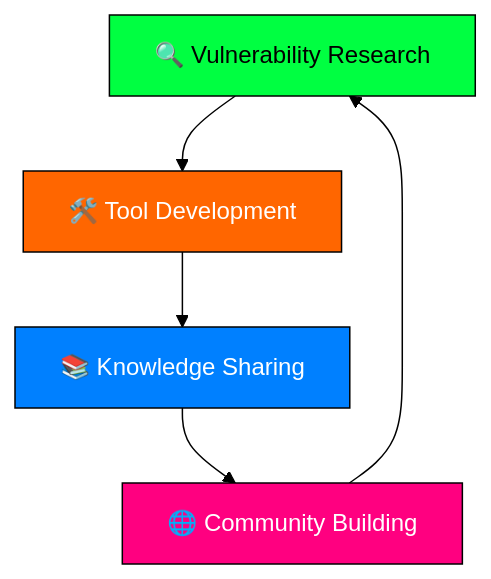
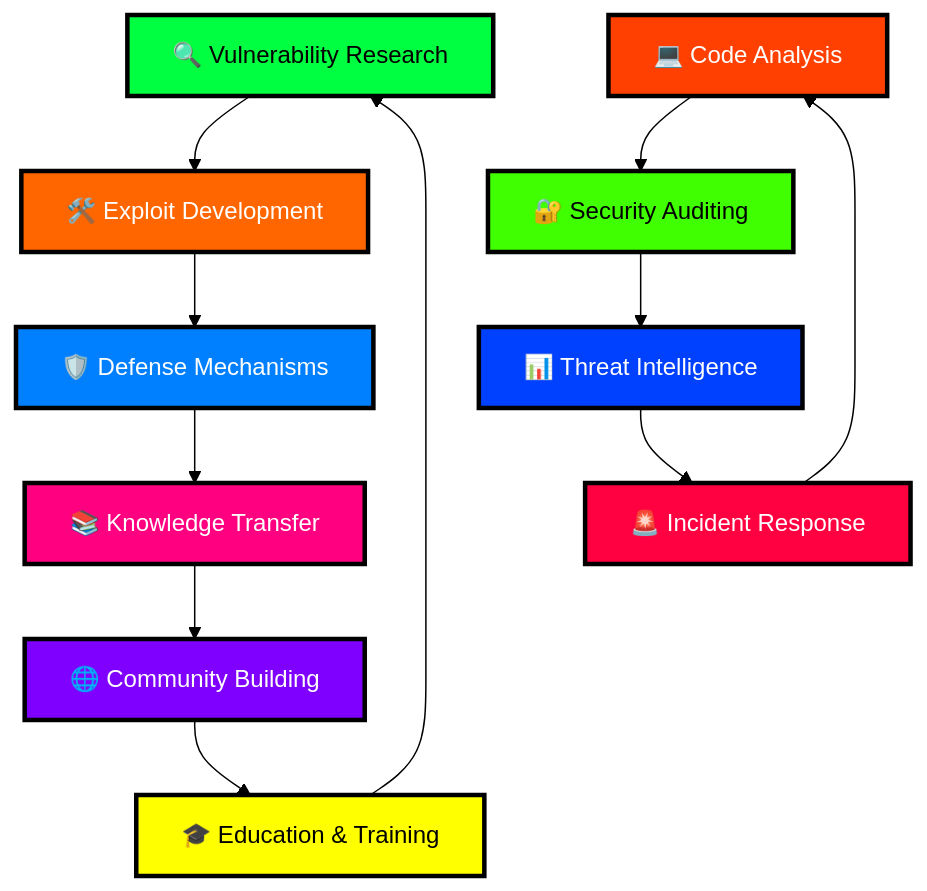
One commit to RicheByte/RicheByte changed the diagram in README.md. Above: the diagram before and after it, drawn with Mermaid (forest theme). The commit also changed other lines of this file, not shown here.

````diff
--- a/README.md
+++ b/README.md
@@ -104,12 +153,25 @@
 ```mermaid
-graph TD
-    A[🔍 Vulnerability Research] --> B[🛠️ Tool Development]
-    B --> C[📚 Knowledge Sharing]
-    C --> D[🌐 Community Building]
-    D --> A
+graph TB
+    A[🔍 Vulnerability Research] --> B[🛠️ Exploit Development]
+    B --> C[🛡️ Defense Mechanisms]
+    C --> D[📚 Knowledge Transfer]
+    D --> E[🌐 Community Building]
+    E --> F[🎓 Education & Training]
+    F --> A
     
-    style A fill:#00ff41,stroke:#000,color:#000
-    style B fill:#ff6600,stroke:#000,color:#fff
-    style C fill:#0080ff,stroke:#000,color:#fff
-    style D fill:#ff0080,stroke:#000,color:#fff
+    G[💻 Code Analysis] --> H[🔐 Security Auditing]
+    H --> I[📊 Threat Intelligence]
+    I --> J[🚨 Incident Response]
+    J --> G
+    
+    style A fill:#00ff41,stroke:#000,stroke-width:3px,color:#000
+    style B fill:#ff6600,stroke:#000,stroke-width:3px,color:#fff
+    style C fill:#0080ff,stroke:#000,stroke-width:3px,color:#fff
+    style D fill:#ff0080,stroke:#000,stroke-width:3px,color:#fff
+    style E fill:#8000ff,stroke:#000,stroke-width:3px,color:#fff
+    style F fill:#ffff00,stroke:#000,stroke-width:3px,color:#000
+    style G fill:#ff4000,stroke:#000,stroke-width:3px,color:#fff
+    style H fill:#40ff00,stroke:#000,stroke-width:3px,color:#000
+    style I fill:#0040ff,stroke:#000,stroke-width:3px,color:#fff
+    style J fill:#ff0040,stroke:#000,stroke-width:3px,color:#fff
 ```
````
